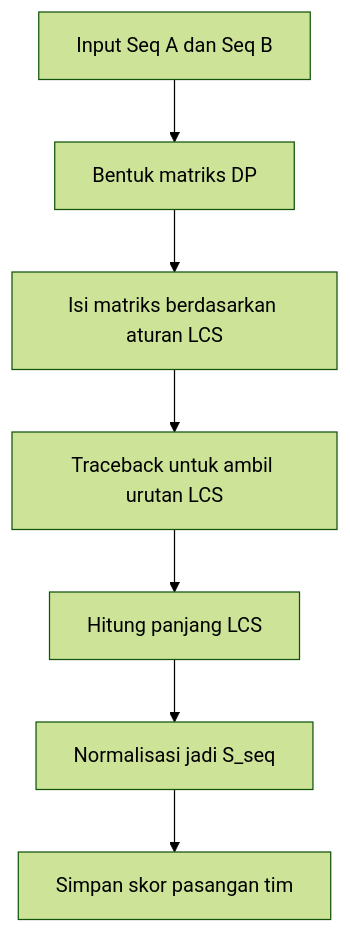
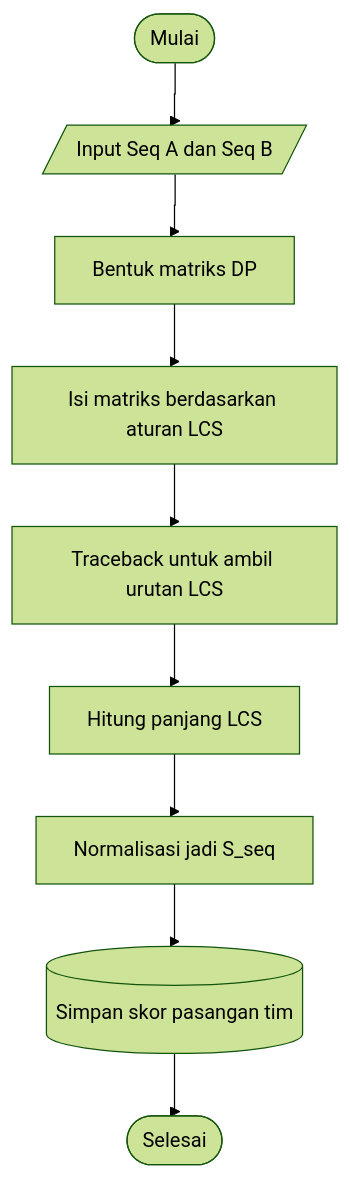
The sixth of 10 diagrams in index.qmd (dimasma0305/proposal-skripsi), drawn with Mermaid (forest theme) before and after one commit. The commit also changed other lines of this file and 1 other file, not shown here.

Commit message:
docs: Add detailed explanations for mathematical formulas and refine Mermaid diagram styling and structure.

````diff
--- a/index.qmd
+++ b/index.qmd
@@ -460,11 +572,14 @@
 ```{mermaid}
 %%| fig-cap: "Flowchart Perhitungan LCS"
 %%| label: fig-flow-lcs
+%%{init: {"flowchart": {"curve": "stepBefore"}}}%%
 flowchart TD
-    A[Input Seq A dan Seq B] --> B[Bentuk matriks DP]
+    Start([Mulai]) --> A[/Input Seq A dan Seq B/]
+    A --> B[Bentuk matriks DP]
     B --> C[Isi matriks berdasarkan aturan LCS]
     C --> D[Traceback untuk ambil urutan LCS]
     D --> E[Hitung panjang LCS]
     E --> F[Normalisasi jadi S_seq]
-    F --> G[Simpan skor pasangan tim]
+    F --> G[(Simpan skor pasangan tim)]
+    G --> End([Selesai])
 ```
````
